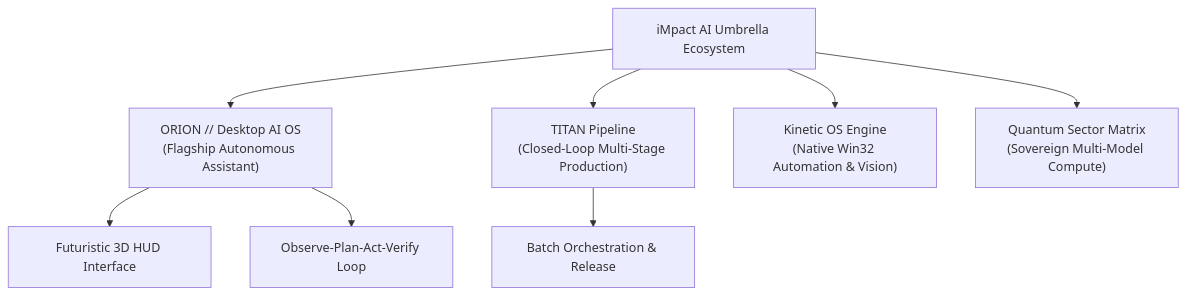
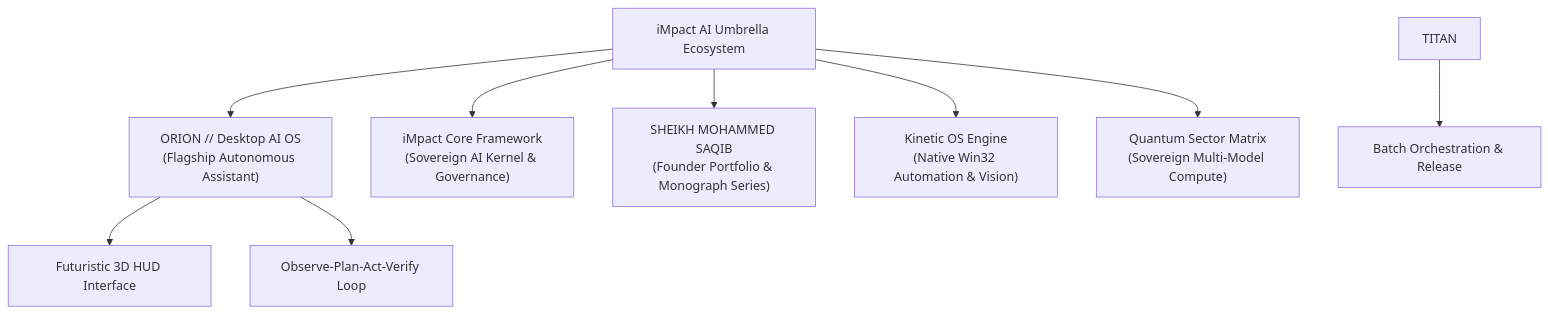
One commit to iMpacts-AI/iMpact changed the diagram in README.md. Above: the diagram before and after it, drawn with Mermaid. The commit also changed other lines of this file, not shown here.

Commit message:
docs: standardize executive branding, founder capitalization, and ecosystem links

````diff
--- a/README.md
+++ b/README.md
@@ -35,11 +39,12 @@
 ```mermaid
 graph TD
     IMPACT["iMpact AI Umbrella Ecosystem"] --> ORION["ORION // Desktop AI OS\n(Flagship Autonomous Assistant)"]
-    IMPACT --> TITAN["TITAN Pipeline\n(Closed-Loop Multi-Stage Production)"]
+    IMPACT --> CORE["iMpact Core Framework\n(Sovereign AI Kernel & Governance)"]
+    IMPACT --> FOUNDER["SHEIKH MOHAMMED SAQIB\n(Founder Portfolio & Monograph Series)"]
     IMPACT --> KINETIC["Kinetic OS Engine\n(Native Win32 Automation & Vision)"]
     IMPACT --> SECTORS["Quantum Sector Matrix\n(Sovereign Multi-Model Compute)"]
 
     ORION --> ORION_HUD["Futuristic 3D HUD Interface"]
     ORION --> ORION_EXEC["Observe-Plan-Act-Verify Loop"]
     TITAN --> TITAN_EXP["Batch Orchestration & Release"]
 ```
````
